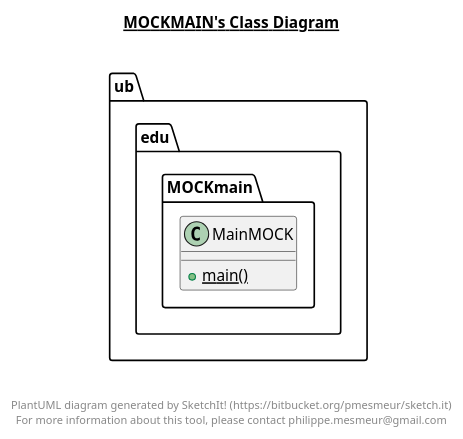
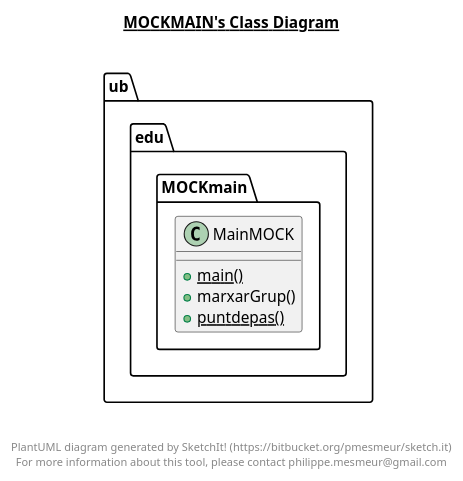
One commit to Samot2003/p3-tripu-dao-a12_reava changed the diagram in src/ub/edu/MOCKmain/MOCKmain.plantuml. Above: the diagram before and after it, drawn with PlantUML. The commit also changed 35 other files, not shown here.

```diff
--- a/src/ub/edu/MOCKmain/MOCKmain.plantuml
+++ b/src/ub/edu/MOCKmain/MOCKmain.plantuml
@@ -1,21 +1,23 @@
 @startuml
 
 title __MOCKMAIN's Class Diagram__\n
 
   namespace ub.edu.MOCKmain {
     class ub.edu.MOCKmain.MainMOCK {
         {static} + main()
+        + marxarGrup()
+        {static} + puntdepas()
     }
   }
   
 
 
 
 right footer
 
 
 PlantUML diagram generated by SketchIt! (https://bitbucket.org/pmesmeur/sketch.it)
 For more information about this tool, please contact philippe.mesmeur@gmail.com
 endfooter
 
 @enduml
```
